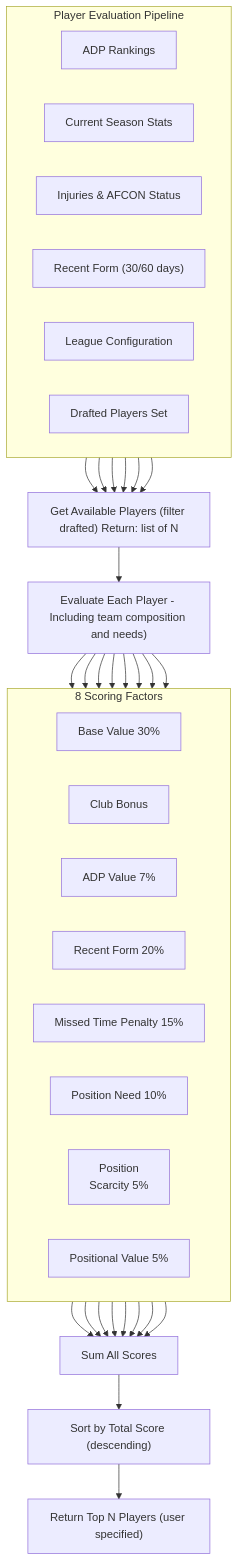
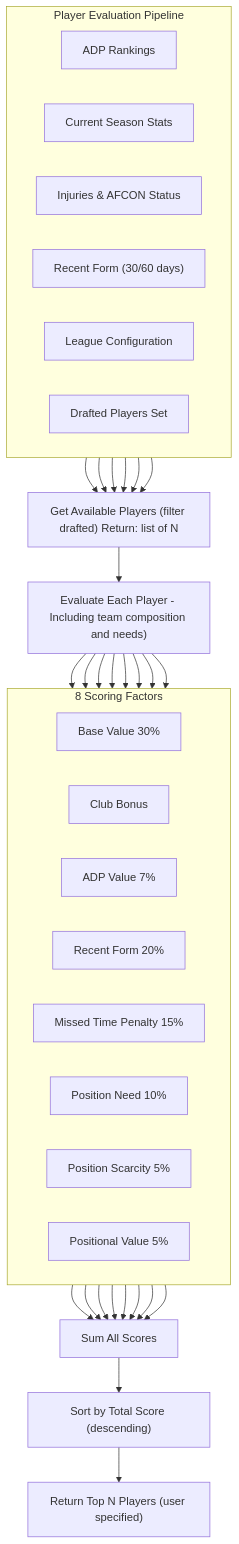
The diagram in README.md (soehlert/fantrax_assistant), drawn with Mermaid before and after one commit.

Commit message:
docs(readme): more diagram fixes

````diff
--- a/README.md
+++ b/README.md
@@ -71,59 +71,59 @@
 ```mermaid
 flowchart TB
      %% Input data group
      subgraph INPUT_DATA["Player Evaluation Pipeline"]
           direction LR
           ADP["ADP Rankings"]
           STATS["Current Season Stats"]
           INJ["Injuries & AFCON Status"]
           FORM["Recent Form (30/60 days)"]
           CONFIG["League Configuration"]
           DRAFTED["Drafted Players Set"]
      end
 
      ADP --> GetAvailable
      STATS --> GetAvailable
      INJ --> GetAvailable
      FORM --> GetAvailable
      CONFIG --> GetAvailable
      DRAFTED --> GetAvailable
 
      GetAvailable["Get Available Players (filter drafted) Return: list of N"]
 
      GetAvailable --> EVAL["Evaluate Each Player - Including team composition and needs)"]
 
      %% Factors group
      subgraph FACTORS["8 Scoring Factors"]
           direction LR
           Base["Base Value 30%"]
           Club["Club Bonus"]
           ADPVal["ADP Value 7%"]
           FormVal["Recent Form 20%"]
           InjPen["Missed Time Penalty 15%"]
           Need["Position Need 10%"]
-          Scar["Position\nScarcity 5%"]
+          Scar["Position Scarcity 5%"]
           PosVal["Positional Value 5%"]
      end
 
      EVAL --> Base
      EVAL --> Club
      EVAL --> ADPVal
      EVAL --> FormVal
      EVAL --> InjPen
      EVAL --> Need
      EVAL --> Scar
      EVAL --> PosVal
 
      Base --> SumScores
      Club --> SumScores
      ADPVal --> SumScores
      FormVal --> SumScores
      InjPen --> SumScores
      Need --> SumScores
      Scar --> SumScores
      PosVal --> SumScores
 
      SumScores["Sum All Scores"]
      SumScores --> Sort["Sort by Total Score (descending)"]
      Sort --> Return["Return Top N Players (user specified)"]
 ```
````
